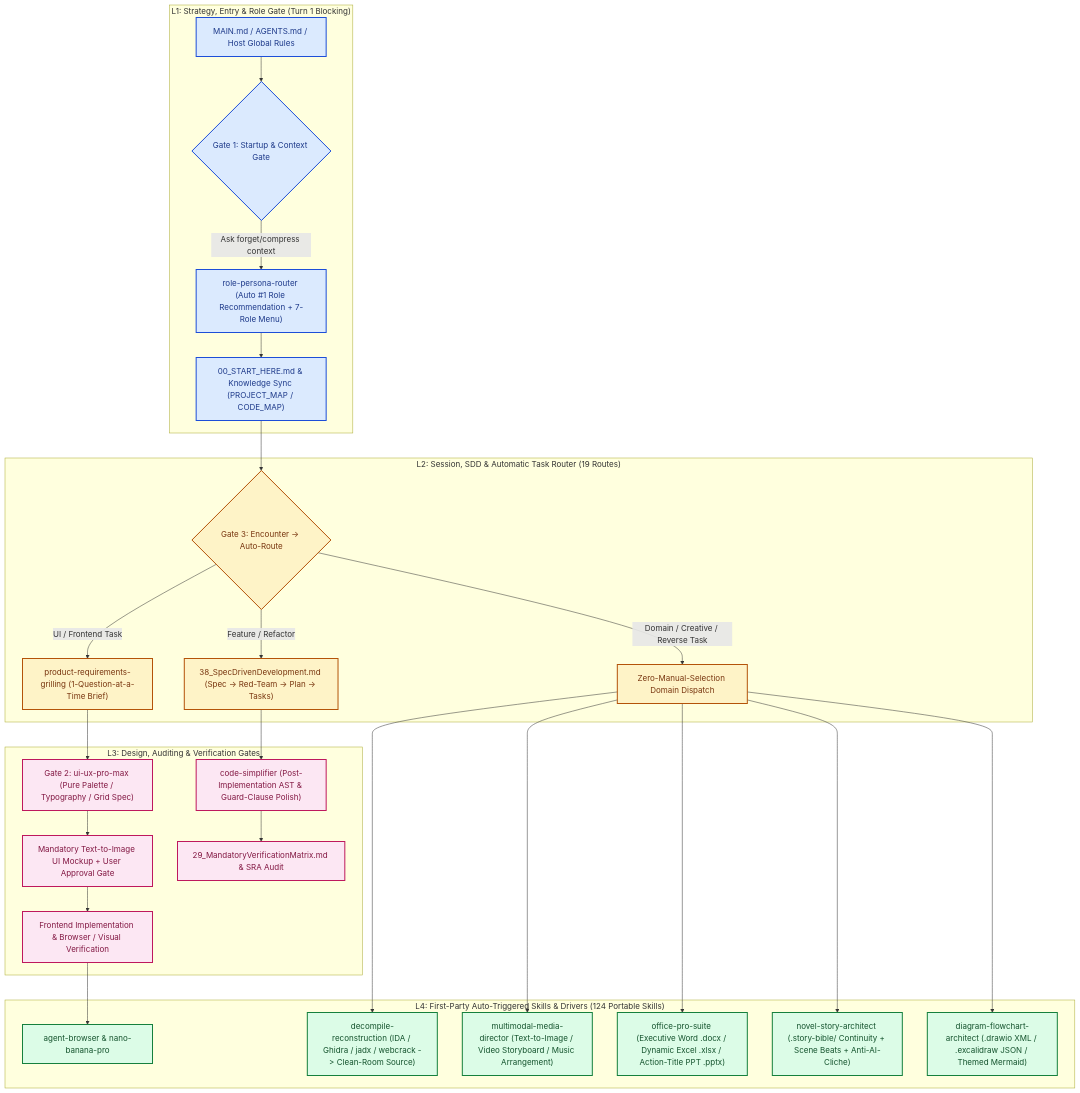
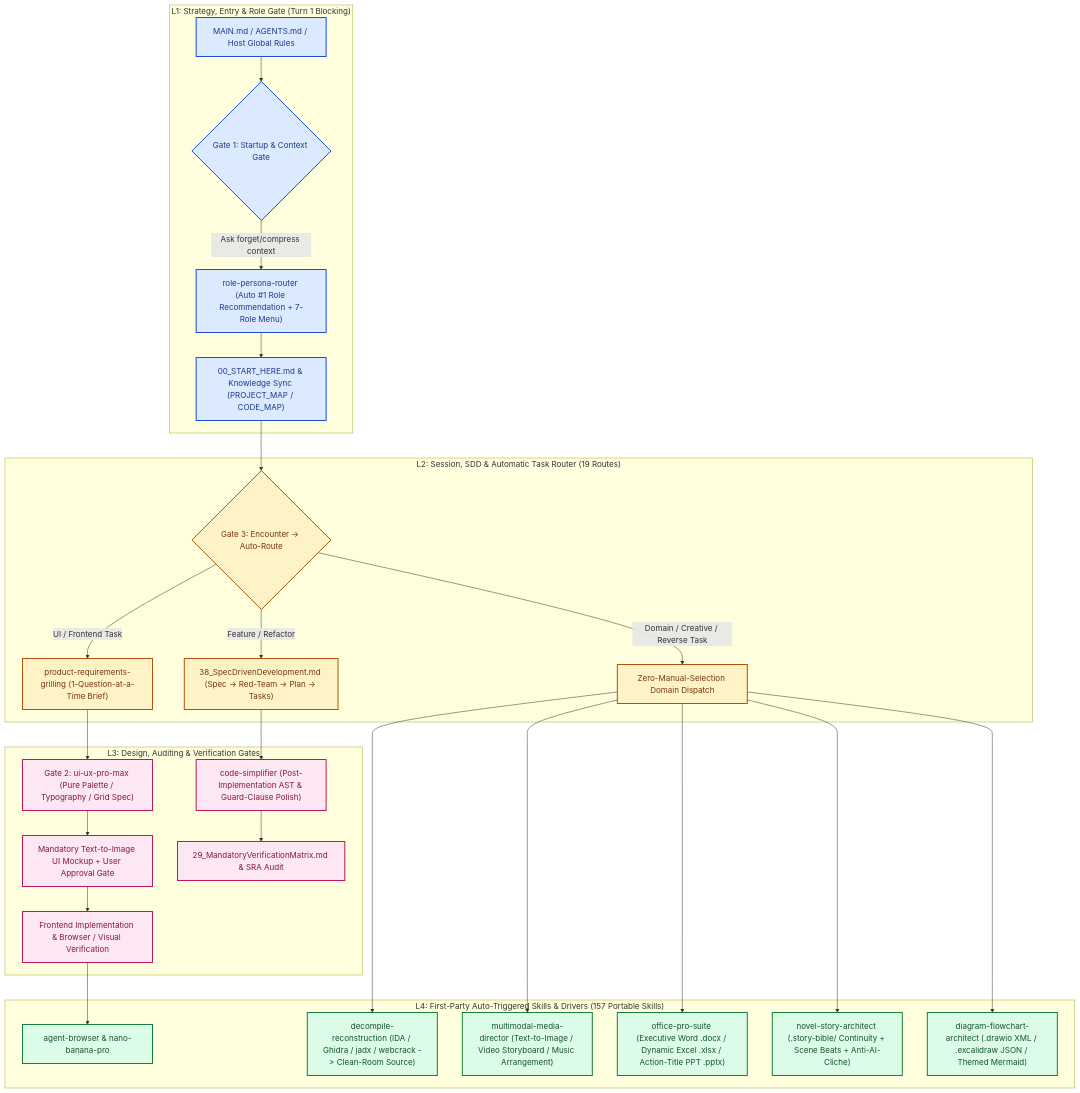
One commit to UIhoshi/AgentLogic changed the first of 2 diagrams in README.md. Above: the diagram before and after it, drawn with Mermaid. The commit also changed other lines of this file and 3237 other files, not shown here.

Commit message:
release(v6.9.1): sync upstream skill ecosystem (157 portable skills) and promote AgentLogic V6.9.1

````diff
--- a/README.md
+++ b/README.md
@@ -50,42 +50,42 @@
 ```mermaid
 flowchart TD
     subgraph L1 ["L1: Strategy, Entry & Role Gate (Turn 1 Blocking)"]
         Entry["MAIN.md / AGENTS.md / Host Global Rules"] --> Gate1{"Gate 1: Startup & Context Gate"}
         Gate1 -->|"Ask forget/compress context"| RoleRouter["role-persona-router (Auto #1 Role Recommendation + 7-Role Menu)"]
         RoleRouter --> Check["00_START_HERE.md & Knowledge Sync (PROJECT_MAP / CODE_MAP)"]
     end
 
     subgraph L2 ["L2: Session, SDD & Automatic Task Router (19 Routes)"]
         Check --> Router{"Gate 3: Encounter -> Auto-Route"}
         Router -->|"UI / Frontend Task"| Grilling["product-requirements-grilling (1-Question-at-a-Time Brief)"]
         Router -->|"Feature / Refactor"| SDD["38_SpecDrivenDevelopment.md (Spec -> Red-Team -> Plan -> Tasks)"]
         Router -->|"Domain / Creative / Reverse Task"| DomainDispatch["Zero-Manual-Selection Domain Dispatch"]
     end
 
     subgraph L3 ["L3: Design, Auditing & Verification Gates"]
         Grilling --> UIProMax["Gate 2: ui-ux-pro-max (Pure Palette / Typography / Grid Spec)"]
         UIProMax --> MockupGate["Mandatory Text-to-Image UI Mockup + User Approval Gate"]
         MockupGate --> UIImpl["Frontend Implementation & Browser / Visual Verification"]
         SDD --> CodeSimp["code-simplifier (Post-Implementation AST & Guard-Clause Polish)"]
         CodeSimp --> Verify["29_MandatoryVerificationMatrix.md & SRA Audit"]
     end
 
-    subgraph L4 ["L4: First-Party Auto-Triggered Skills & Drivers (124 Portable Skills)"]
+    subgraph L4 ["L4: First-Party Auto-Triggered Skills & Drivers (157 Portable Skills)"]
         UIImpl --> BrowserSkill["agent-browser & nano-banana-pro"]
         DomainDispatch --> Decompile["decompile-reconstruction (IDA / Ghidra / jadx / webcrack -> Clean-Room Source)"]
         DomainDispatch --> MediaDir["multimodal-media-director (Text-to-Image / Video Storyboard / Music Arrangement)"]
         DomainDispatch --> OfficePro["office-pro-suite (Executive Word .docx / Dynamic Excel .xlsx / Action-Title PPT .pptx)"]
         DomainDispatch --> NovelArch["novel-story-architect (.story-bible/ Continuity + Scene Beats + Anti-AI-Cliche)"]
         DomainDispatch --> DiagramArch["diagram-flowchart-architect (.drawio XML / .excalidraw JSON / Themed Mermaid)"]
     end
 
     classDef l1 fill:#dbeafe,stroke:#1d4ed8,color:#1e3a8a,stroke-width:2px
     classDef l2 fill:#fef3c7,stroke:#b45309,color:#78350f,stroke-width:2px
     classDef l3 fill:#fce7f3,stroke:#be185d,color:#831843,stroke-width:2px
     classDef l4 fill:#dcfce7,stroke:#15803d,color:#14532d,stroke-width:2px
 
     class Entry,Gate1,RoleRouter,Check l1
     class Router,Grilling,SDD,DomainDispatch l2
     class UIProMax,MockupGate,UIImpl,CodeSimp,Verify l3
     class BrowserSkill,Decompile,MediaDir,OfficePro,NovelArch,DiagramArch l4
 ```
````
